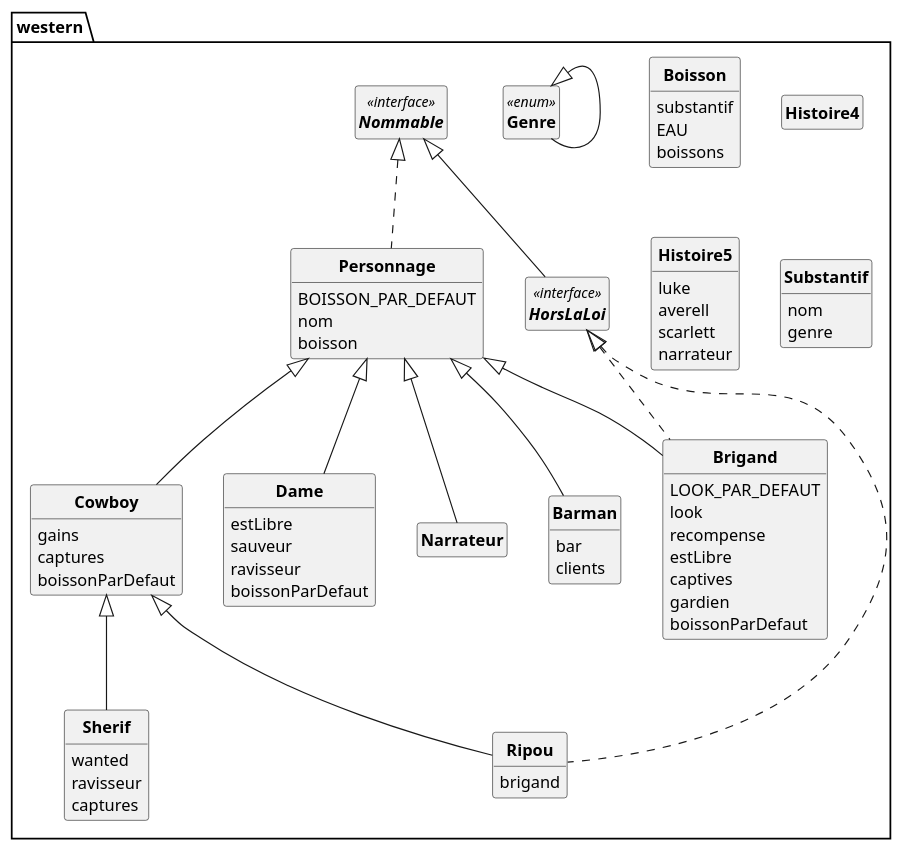
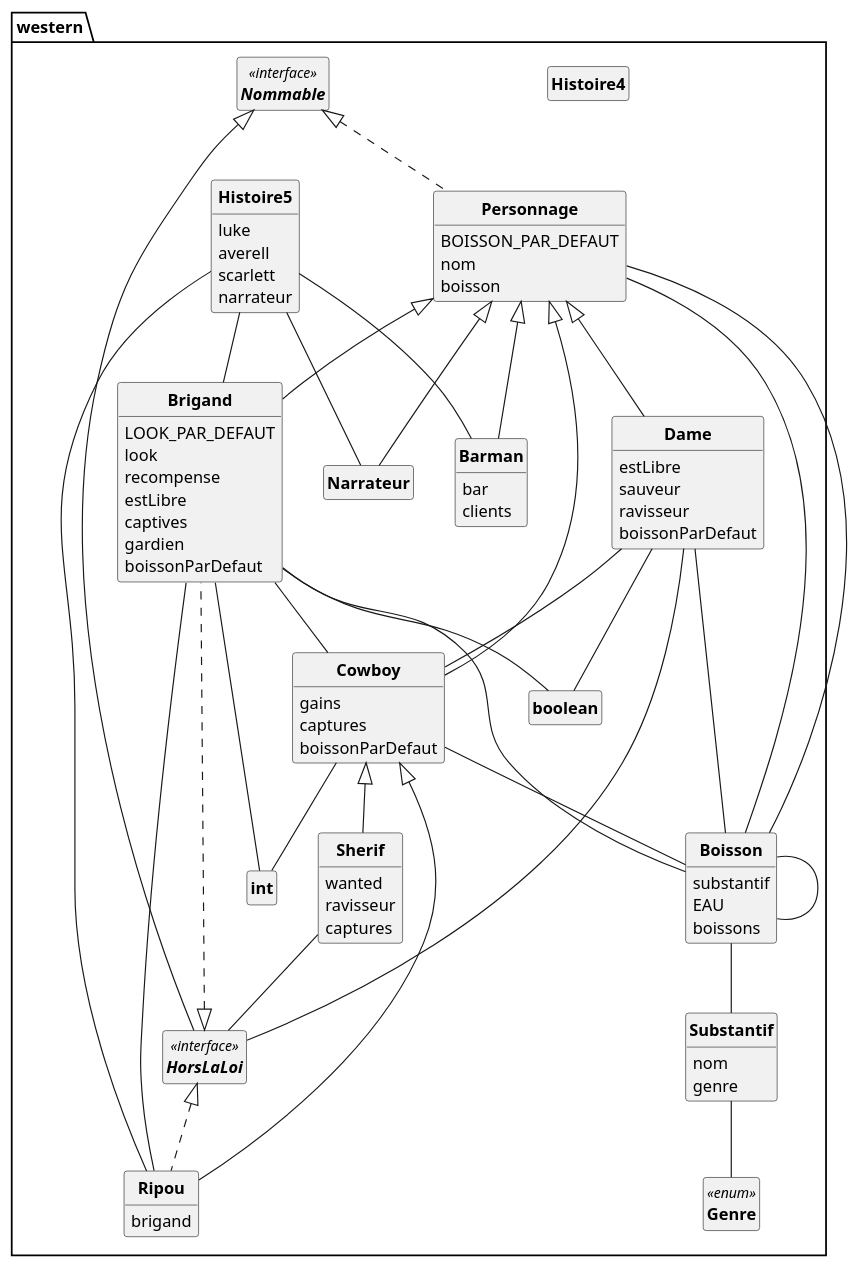
The diagram in out/production/p21_projet/pumlCode.puml (D3B1RUM4N/PumlFromJava), drawn with PlantUML before and after one commit. The commit also changed 12 other files, not shown here.

```diff
--- a/out/production/p21_projet/pumlCode.puml
+++ b/out/production/p21_projet/pumlCode.puml
@@ -1,105 +1,126 @@
 @startuml
 
 'UML GENERE PAR CODE :)
 
 skinparam style strictuml
 skinparam classAttributeIconSize 0
 skinparam classFontStyle Bold
 hide empty members
 
 PACKAGE western{
-	CLASS Barman  extends western.Personnage {
+	CLASS Barman  extends Personnage {
 		bar
 		clients
 	}
 
 
 	CLASS Boisson  {
 		substantif
 		EAU
 		boissons
 	}
+Boisson -- Substantif
+Boisson -- Boisson
 
 
-	CLASS Brigand  extends western.Personnage implements western.HorsLaLoi {
+	CLASS Brigand  extends Personnage implements HorsLaLoi {
 		LOOK_PAR_DEFAUT
 		look
 		recompense
 		estLibre
 		captives
 		gardien
 		boissonParDefaut
 	}
+Brigand -- int
+Brigand -- boolean
+Brigand -- Cowboy
+Brigand -- Boisson
 
 
-	CLASS Cowboy  extends western.Personnage {
+	CLASS Cowboy  extends Personnage {
 		gains
 		captures
 		boissonParDefaut
 	}
+Cowboy -- int
+Cowboy -- Boisson
 
 
-	CLASS Dame  extends western.Personnage {
+	CLASS Dame  extends Personnage {
 		estLibre
 		sauveur
 		ravisseur
 		boissonParDefaut
 	}
+Dame -- boolean
+Dame -- Cowboy
+Dame -- HorsLaLoi
+Dame -- Boisson
 
 
-	ENUM Genre<<enum>> extends western.Genre{
+	ENUM Genre<<enum>>{
 
 	}
 
 	CLASS Histoire4  {
 	}
 
 
 	CLASS Histoire5  {
 		luke
 		averell
 		scarlett
 		narrateur
 	}
+Histoire5 -- Barman
+Histoire5 -- Brigand
+Histoire5 -- Ripou
+Histoire5 -- Narrateur
 
 
-	INTERFACE HorsLaLoi <<interface>>  implements western.Nommable{
+	INTERFACE HorsLaLoi <<interface>>  implements Nommable{
 
 	}
 
-	CLASS Narrateur  extends western.Personnage {
+	CLASS Narrateur  extends Personnage {
 	}
 
 
 	INTERFACE Nommable <<interface>> {
 
 	}
 
-	CLASS Personnage  implements western.Nommable {
+	CLASS Personnage  implements Nommable {
 		BOISSON_PAR_DEFAUT
 		nom
 		boisson
 	}
+Personnage -- Boisson
+Personnage -- Boisson
 
 
-	CLASS Ripou  extends western.Cowboy implements western.HorsLaLoi {
+	CLASS Ripou  extends Cowboy implements HorsLaLoi {
 		brigand
 	}
+Ripou -- Brigand
 
 
-	CLASS Sherif  extends western.Cowboy {
+	CLASS Sherif  extends Cowboy {
 		wanted
 		ravisseur
 		captures
 	}
+Sherif -- HorsLaLoi
 
 
 	CLASS Substantif  {
 		nom
 		genre
 	}
+Substantif -- Genre
 
 
 
 }
 @enduml
```
